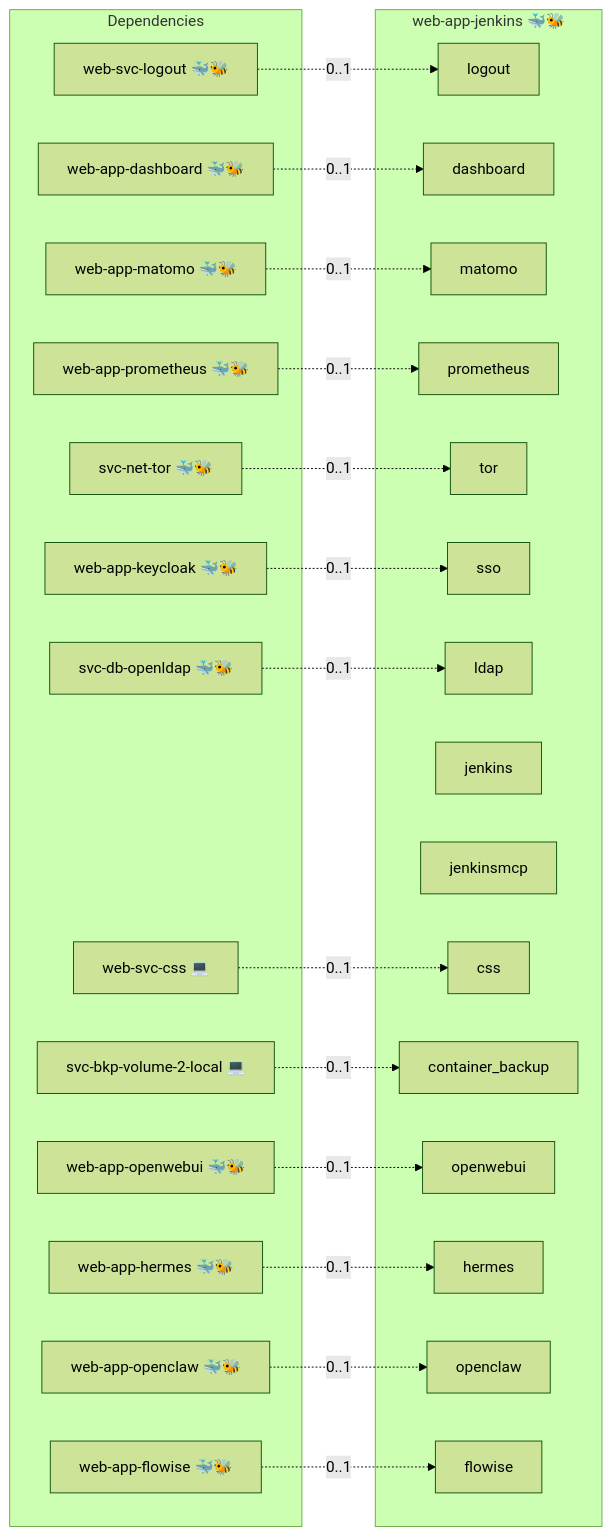
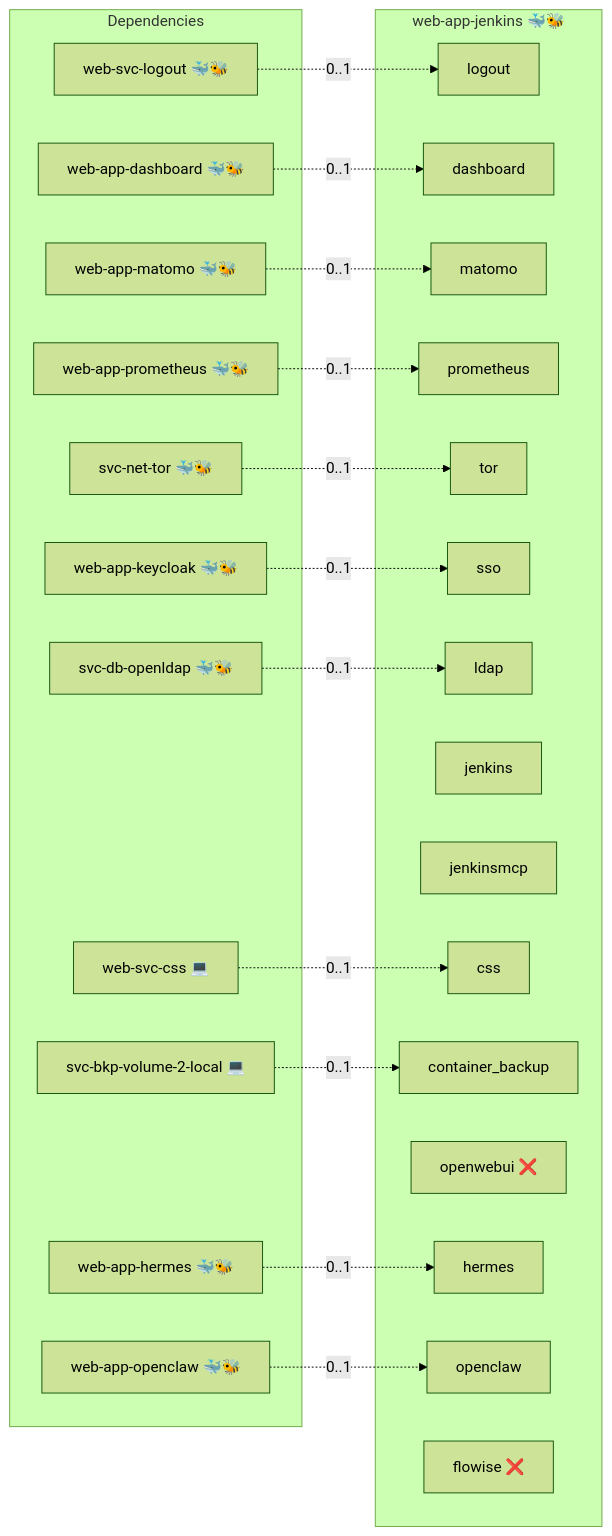
One commit to infinito-nexus/core changed the diagram in roles/web-app-jenkins/README.md. Above: the diagram before and after it, drawn with Mermaid (forest theme). The commit also changed 66 other files, not shown here.

````diff
--- a/roles/web-app-jenkins/README.md
+++ b/roles/web-app-jenkins/README.md
@@ -15,48 +15,44 @@
 ```mermaid
 flowchart LR
     subgraph deps [Dependencies]
         dep_svc_bkp_volume_2_local["svc-bkp-volume-2-local 💻"]
         dep_svc_db_openldap["svc-db-openldap 🐳🐝"]
         dep_svc_net_tor["svc-net-tor 🐳🐝"]
         dep_web_app_dashboard["web-app-dashboard 🐳🐝"]
-        dep_web_app_flowise["web-app-flowise 🐳🐝"]
         dep_web_app_hermes["web-app-hermes 🐳🐝"]
         dep_web_app_keycloak["web-app-keycloak 🐳🐝"]
         dep_web_app_matomo["web-app-matomo 🐳🐝"]
         dep_web_app_openclaw["web-app-openclaw 🐳🐝"]
-        dep_web_app_openwebui["web-app-openwebui 🐳🐝"]
         dep_web_app_prometheus["web-app-prometheus 🐳🐝"]
         dep_web_svc_css["web-svc-css 💻"]
         dep_web_svc_logout["web-svc-logout 🐳🐝"]
     end
     subgraph role [web-app-jenkins 🐳🐝]
         svc_logout["logout"]
         svc_dashboard["dashboard"]
         svc_matomo["matomo"]
         svc_prometheus["prometheus"]
         svc_tor["tor"]
         svc_sso["sso"]
         svc_ldap["ldap"]
         svc_jenkins["jenkins"]
         svc_jenkinsmcp["jenkinsmcp"]
         svc_css["css"]
         svc_container_backup["container_backup"]
-        svc_openwebui["openwebui"]
+        svc_openwebui["openwebui ❌"]
         svc_hermes["hermes"]
         svc_openclaw["openclaw"]
-        svc_flowise["flowise"]
+        svc_flowise["flowise ❌"]
     end
     dep_svc_bkp_volume_2_local -. "0..1" .-> svc_container_backup
     dep_svc_db_openldap -. "0..1" .-> svc_ldap
     dep_svc_net_tor -. "0..1" .-> svc_tor
     dep_web_app_dashboard -. "0..1" .-> svc_dashboard
-    dep_web_app_flowise -. "0..1" .-> svc_flowise
     dep_web_app_hermes -. "0..1" .-> svc_hermes
     dep_web_app_keycloak -. "0..1" .-> svc_sso
     dep_web_app_matomo -. "0..1" .-> svc_matomo
     dep_web_app_openclaw -. "0..1" .-> svc_openclaw
-    dep_web_app_openwebui -. "0..1" .-> svc_openwebui
     dep_web_app_prometheus -. "0..1" .-> svc_prometheus
     dep_web_svc_css -. "0..1" .-> svc_css
     dep_web_svc_logout -. "0..1" .-> svc_logout
 ```
````
